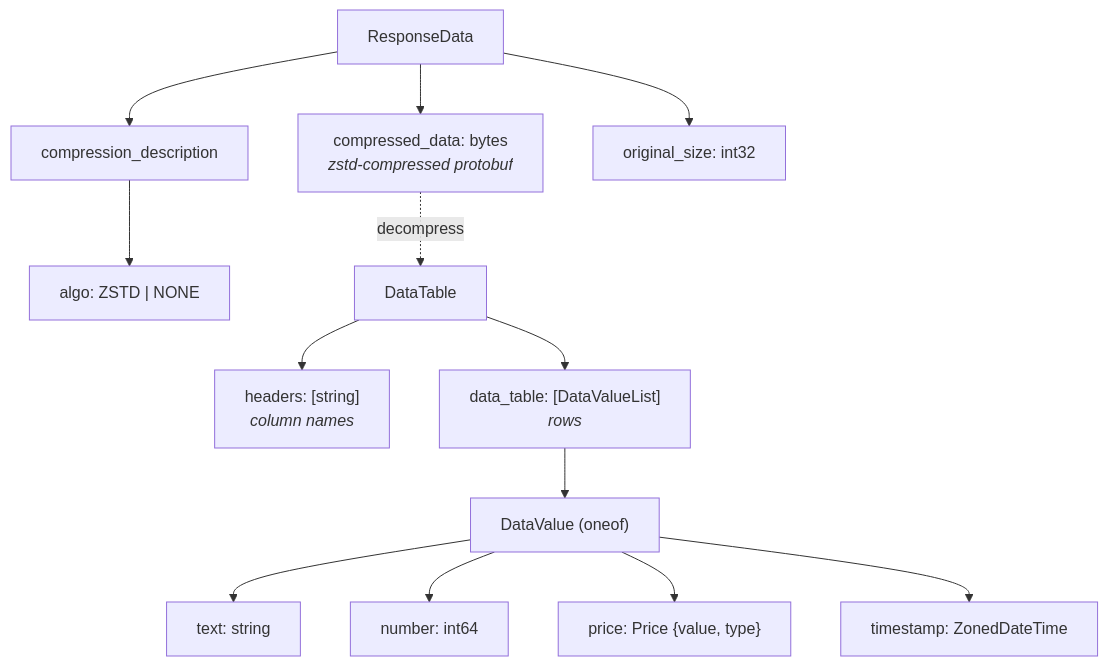
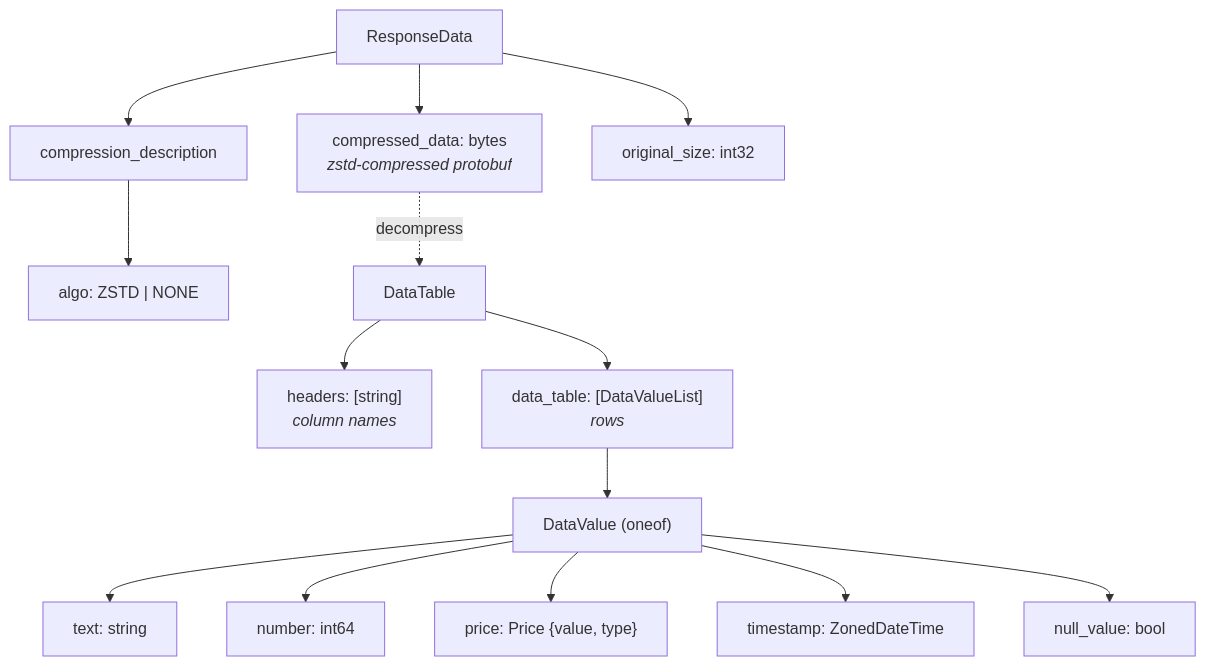
One commit to userFRM/ThetaDataDx changed the fourth of 14 diagrams in docs/architecture.md. Above: the diagram before and after it, drawn with Mermaid. The commit also changed other lines of this file and 8 other files, not shown here.

````diff
--- a/docs/architecture.md
+++ b/docs/architecture.md
@@ -101,30 +105,32 @@
 ```mermaid
 graph TD
     RD["ResponseData"]
     CD["compressed_data: bytes<br/><i>zstd-compressed protobuf</i>"]
     CS["compression_description"]
     AL["algo: ZSTD | NONE"]
     OS["original_size: int32"]
 
     DT["DataTable"]
     H["headers: [string]<br/><i>column names</i>"]
     R["data_table: [DataValueList]<br/><i>rows</i>"]
     DV["DataValue (oneof)"]
     T["text: string"]
     N["number: int64"]
     PR["price: Price {value, type}"]
     TS["timestamp: ZonedDateTime"]
+    NV["null_value: bool"]
 
     RD --> CD
     RD --> CS
     CS --> AL
     RD --> OS
     CD -. "decompress" .-> DT
     DT --> H
     DT --> R
     R --> DV
     DV --> T
     DV --> N
     DV --> PR
     DV --> TS
+    DV --> NV
 ```
````
